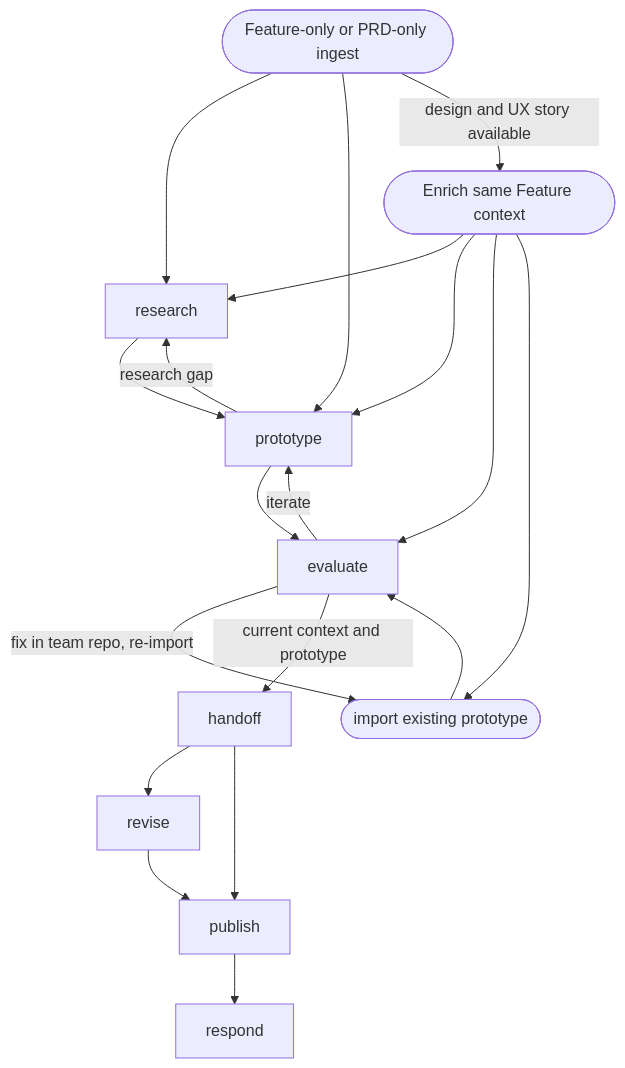
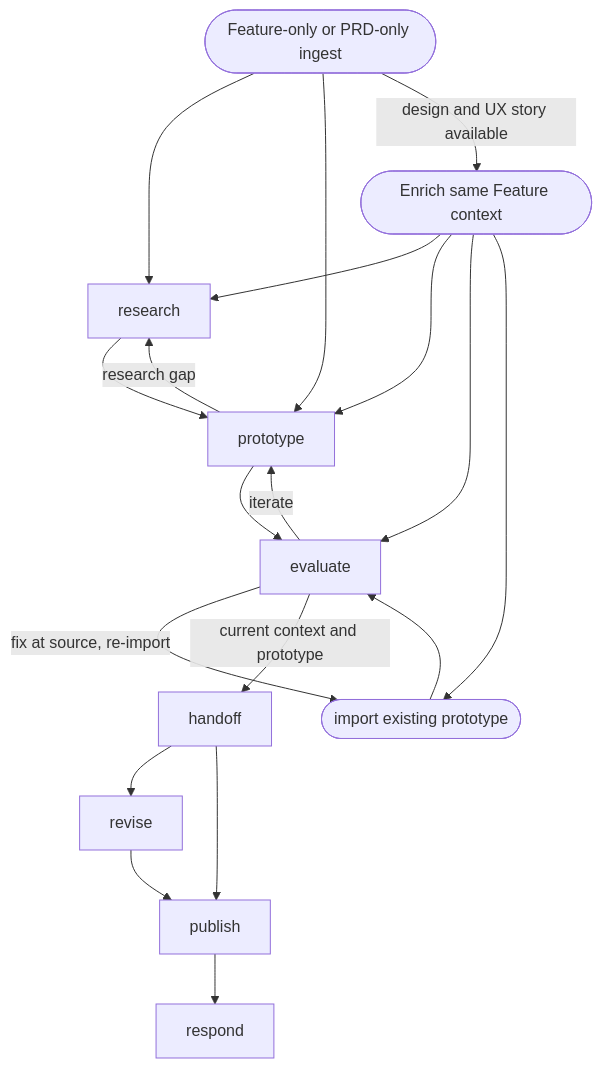
Before and after one commit to flightctl/ai-workflows: the diagram in ux-design/README.md, drawn with Mermaid. The commit also changed other lines of this file and 6 other files, not shown here.

````diff
--- a/ux-design/README.md
+++ b/ux-design/README.md
@@ -12,21 +12,21 @@
 ```mermaid
 graph TD
     early_ingest([Feature-only or PRD-only ingest]) --> research
     early_ingest --> prototype
     research --> prototype
     prototype --> evaluate
     evaluate -->|iterate| prototype
     prototype -->|research gap| research
     early_ingest -->|design and UX story available| enrich([Enrich same Feature context])
     enrich --> research
     enrich --> prototype
     enrich --> evaluate
     enrich --> import_proto([import existing prototype])
     import_proto --> evaluate
-    evaluate -->|fix in team repo, re-import| import_proto
+    evaluate -->|fix at source, re-import| import_proto
     evaluate -->|current context and prototype| handoff
     handoff --> revise
     handoff --> publish
     revise --> publish
     publish --> respond
 ```
````
